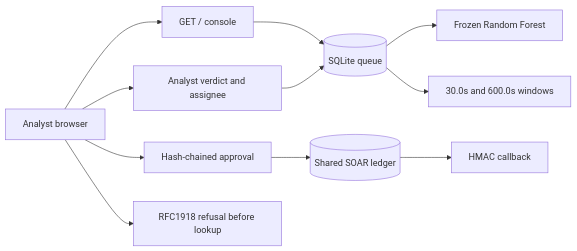
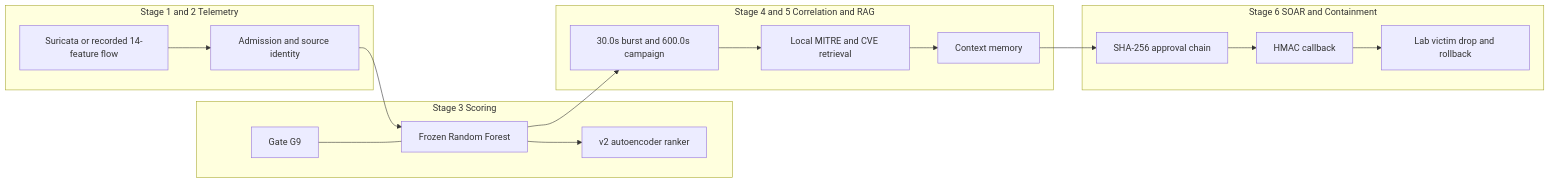
Before and after one commit to bilaldevsec/Threatfusion: the diagram in README.md, drawn with Mermaid. The commit also changed other lines of this file, not shown here.

Commit message:
docs: modernize README with visual product tour, badges, and architecture

````diff
--- a/README.md
+++ b/README.md
@@ -9,13 +71,27 @@
 ```mermaid
 flowchart LR
-  browser[Analyst browser] --> page["GET / console"]
-  page --> queue[(SQLite queue)]
-  queue --> forest[Frozen Random Forest]
-  queue --> stitch["30.0s and 600.0s windows"]
-  browser --> verdict[Analyst verdict and assignee]
-  verdict --> queue
-  browser --> approve[Hash-chained approval]
-  approve --> ledger[(Shared SOAR ledger)]
-  ledger --> callback[HMAC callback]
-  browser --> guard["RFC1918 refusal before lookup"]
+  subgraph stage12 [Stage 1 and 2 Telemetry]
+    sensor[Suricata or recorded 14-feature flow]
+    mtls[Admission and source identity]
+  end
+  subgraph stage3 [Stage 3 Scoring]
+    forest[Frozen Random Forest]
+    gate[Gate G9]
+    ae[v2 autoencoder ranker]
+  end
+  subgraph stage45 [Stage 4 and 5 Correlation and RAG]
+    stitch["30.0s burst and 600.0s campaign"]
+    rag[Local MITRE and CVE retrieval]
+    memory[Context memory]
+  end
+  subgraph stage6 [Stage 6 SOAR and Containment]
+    chain[SHA-256 approval chain]
+    callback[HMAC callback]
+    lab[Lab victim drop and rollback]
+  end
+  sensor --> mtls --> forest
+  gate --- forest
+  forest --> ae
+  forest --> stitch --> rag --> memory
+  memory --> chain --> callback --> lab
 ```
````
